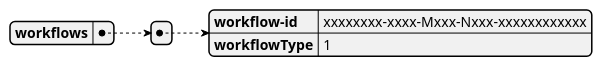
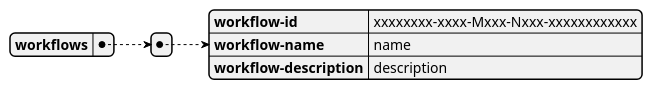
Before and after one commit to COSSAS/SOARCA: the fourth of 18 diagrams in doc/soarca-api.adoc, drawn with PlantUML. The commit also changed other lines of this file, not shown here.

```diff
--- a/doc/soarca-api.adoc
+++ b/doc/soarca-api.adoc
@@ -213,13 +165,14 @@
 [plantuml, target=soar-ca-get-workflow]
 ....
 @startjson
 {
     "workflows": [
         {
             "workflow-id": "xxxxxxxx-xxxx-Mxxx-Nxxx-xxxxxxxxxxxx",
-            "workflowType": 1
+            "workflow-name": "name",
+            "workflow-description": "description"
         }
     ]
 }
 @endjson
 ....
```
